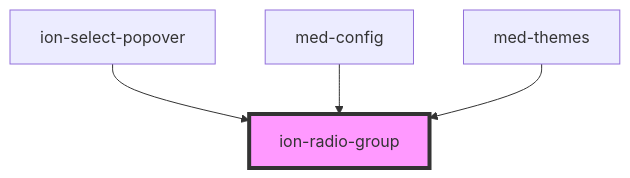
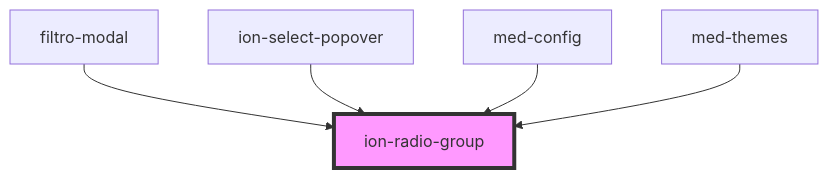
One commit to MEDGRUPOGIT/ionic-framework-1 changed the diagram in core/src/components/radio-group/readme.md. Above: the diagram before and after it, drawn with Mermaid. The commit also changed other lines of this file and 342 other files, not shown here.

````diff
--- a/core/src/components/radio-group/readme.md
+++ b/core/src/components/radio-group/readme.md
@@ -246,7 +247,8 @@
 ```mermaid
 graph TD;
+  filtro-modal --> ion-radio-group
   ion-select-popover --> ion-radio-group
   med-config --> ion-radio-group
   med-themes --> ion-radio-group
   style ion-radio-group fill:#f9f,stroke:#333,stroke-width:4px
 ```
````
